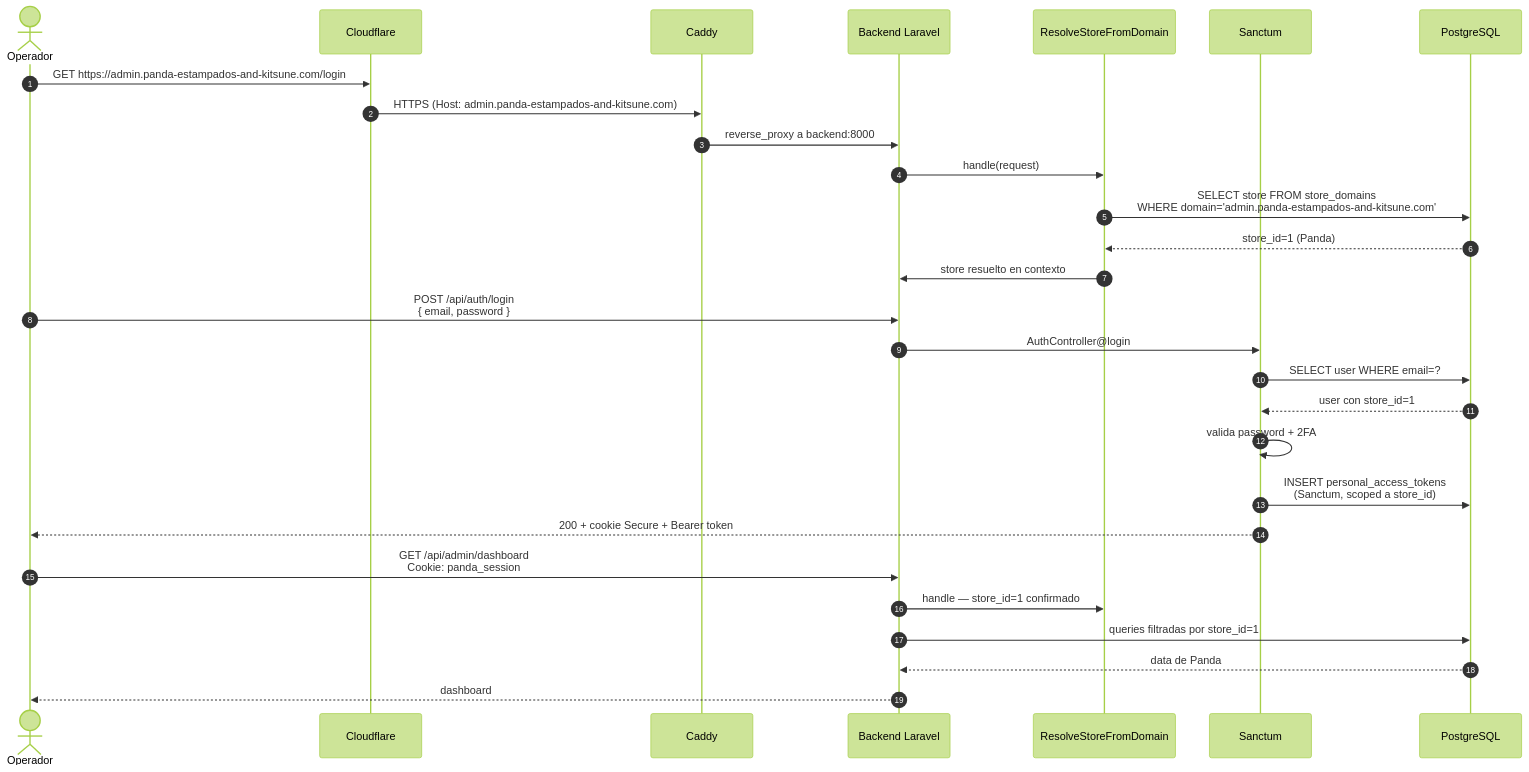
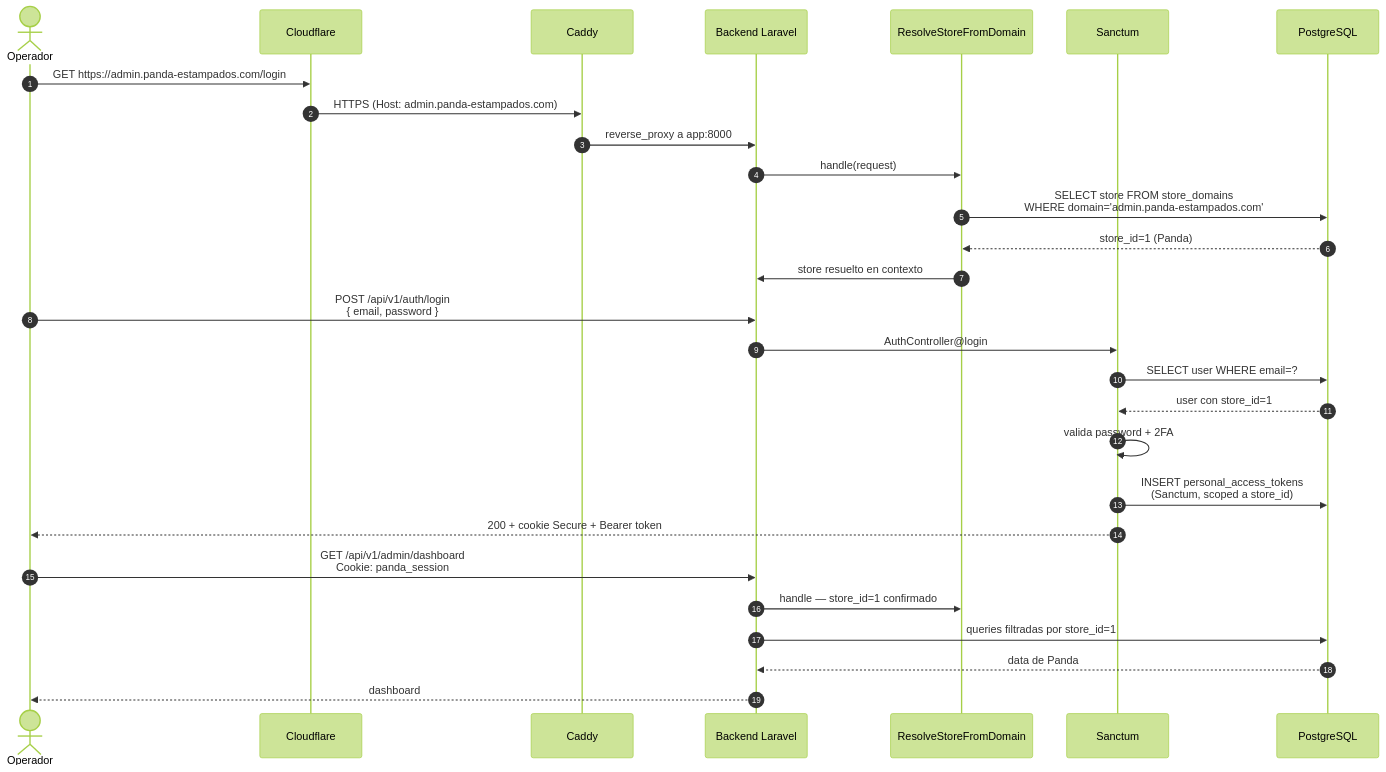
One commit to D4nitrix13/AtlasCommerce changed the third of 4 diagrams in docs/architecture/flow.md. Above: the diagram before and after it, drawn with Mermaid (forest theme). The commit also changed other lines of this file and 7 other files, not shown here.

````diff
--- a/docs/architecture/flow.md
+++ b/docs/architecture/flow.md
@@ -133,34 +162,34 @@
 ```mermaid
 sequenceDiagram
     autonumber
     actor Admin as Operador
     participant CF as Cloudflare
     participant Caddy as Caddy
     participant BE as Backend Laravel
     participant MW as ResolveStoreFromDomain
     participant Auth as Sanctum
     participant DB as PostgreSQL
 
-    Admin->>CF: GET https://admin.panda-estampados-and-kitsune.com/login
-    CF->>Caddy: HTTPS (Host: admin.panda-estampados-and-kitsune.com)
-    Caddy->>BE: reverse_proxy a backend:8000
+    Admin->>CF: GET https://admin.panda-estampados.com/login
+    CF->>Caddy: HTTPS (Host: admin.panda-estampados.com)
+    Caddy->>BE: reverse_proxy a app:8000
 
     BE->>MW: handle(request)
-    MW->>DB: SELECT store FROM store_domains<br/>WHERE domain='admin.panda-estampados-and-kitsune.com'
+    MW->>DB: SELECT store FROM store_domains<br/>WHERE domain='admin.panda-estampados.com'
     DB-->>MW: store_id=1 (Panda)
     MW->>BE: store resuelto en contexto
 
-    Admin->>BE: POST /api/auth/login<br/>{ email, password }
+    Admin->>BE: POST /api/v1/auth/login<br/>{ email, password }
     BE->>Auth: AuthController@login
     Auth->>DB: SELECT user WHERE email=?
     DB-->>Auth: user con store_id=1
     Auth->>Auth: valida password + 2FA
     Auth->>DB: INSERT personal_access_tokens<br/>(Sanctum, scoped a store_id)
     Auth-->>Admin: 200 + cookie Secure + Bearer token
 
-    Admin->>BE: GET /api/admin/dashboard<br/>Cookie: panda_session
+    Admin->>BE: GET /api/v1/admin/dashboard<br/>Cookie: panda_session
     BE->>MW: handle — store_id=1 confirmado
     BE->>DB: queries filtradas por store_id=1
     DB-->>BE: data de Panda
     BE-->>Admin: dashboard
 ```
````
